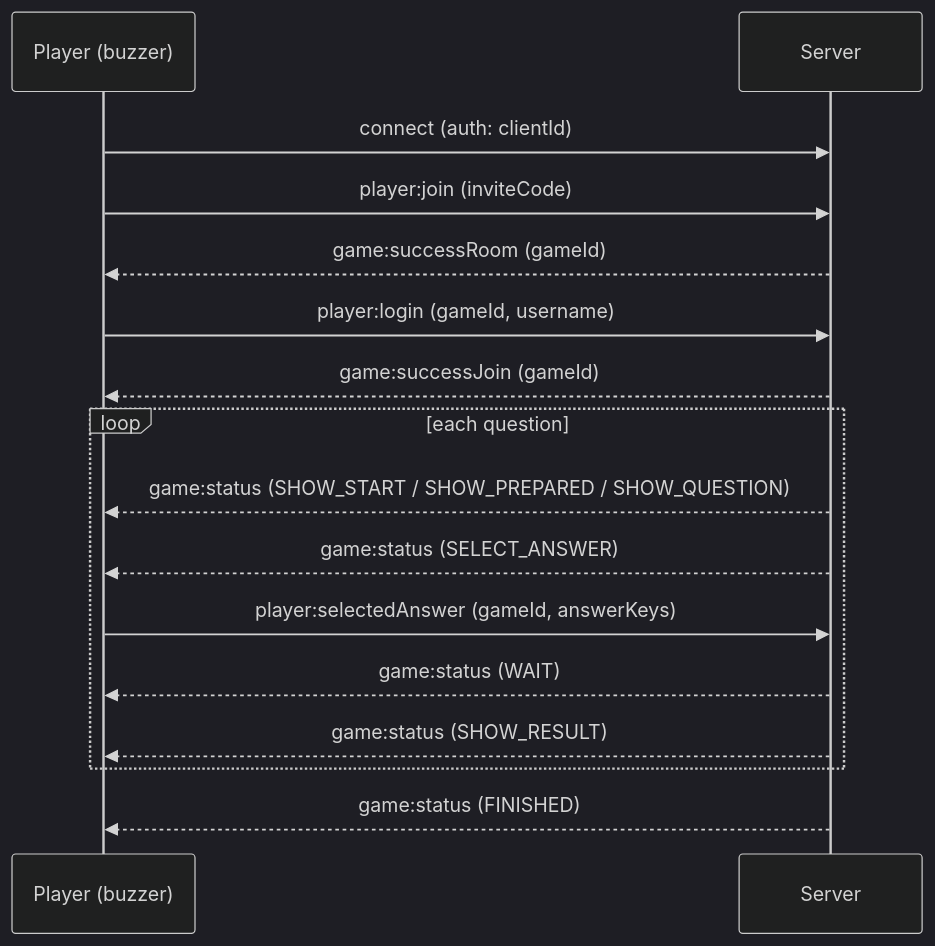
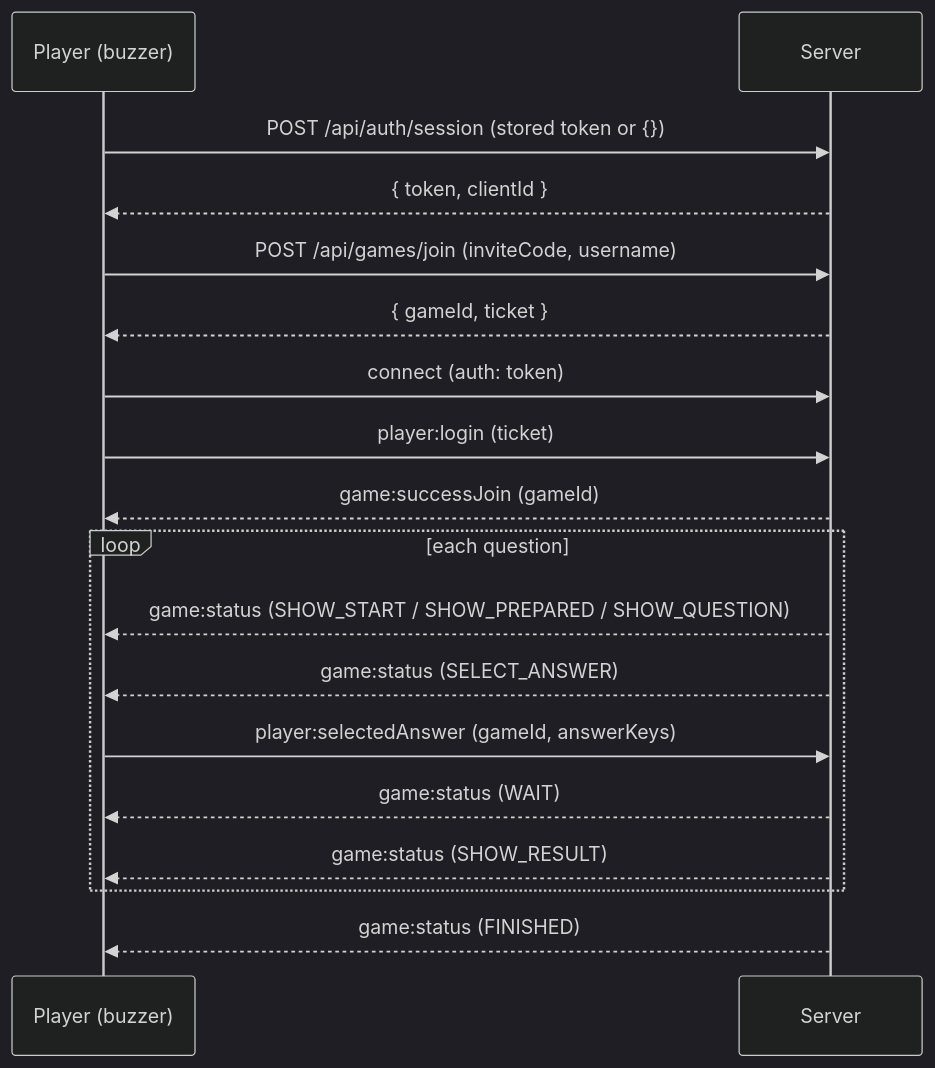
One commit to Ralex91/Razzia changed the first of 2 diagrams in docs/websocket-protocol.md. Above: the diagram before and after it, drawn with Mermaid (dark theme). The commit also changed other lines of this file and 7 other files, not shown here.

Commit message:
docs: document the http api and the token handshake

````diff
--- a/docs/websocket-protocol.md
+++ b/docs/websocket-protocol.md
@@ -130,21 +161,23 @@
 ```mermaid
 sequenceDiagram
     participant P as Player (buzzer)
     participant S as Server
 
-    P->>S: connect (auth: clientId)
-    P->>S: player:join (inviteCode)
-    S-->>P: game:successRoom (gameId)
-    P->>S: player:login (gameId, username)
+    P->>S: POST /api/auth/session (stored token or {})
+    S-->>P: { token, clientId }
+    P->>S: POST /api/games/join (inviteCode, username)
+    S-->>P: { gameId, ticket }
+    P->>S: connect (auth: token)
+    P->>S: player:login (ticket)
     S-->>P: game:successJoin (gameId)
 
     loop each question
         S-->>P: game:status (SHOW_START / SHOW_PREPARED / SHOW_QUESTION)
         S-->>P: game:status (SELECT_ANSWER)
         P->>S: player:selectedAnswer (gameId, answerKeys)
         S-->>P: game:status (WAIT)
         S-->>P: game:status (SHOW_RESULT)
     end
 
     S-->>P: game:status (FINISHED)
 ```
````
